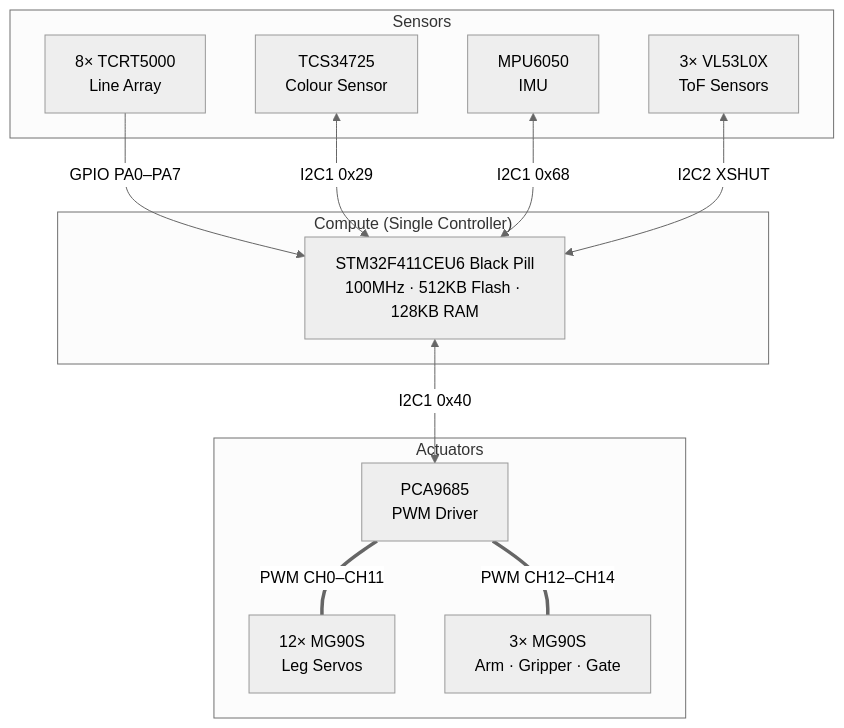
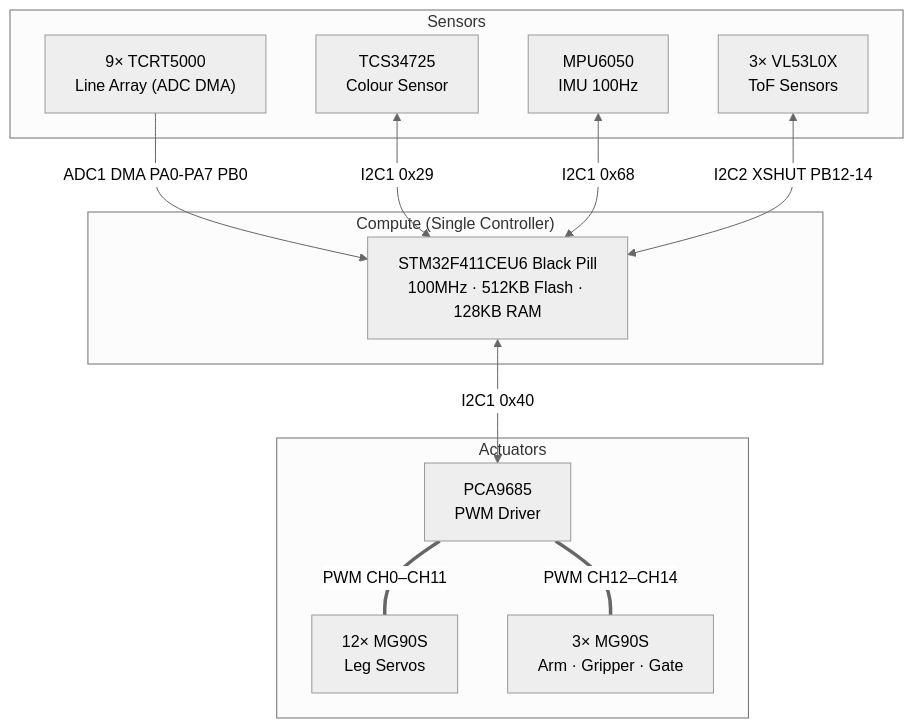
The diagram in docs/HARDWARE_ARCHITECTURE.md (sandaruns2004/FusionForce-Robotics), drawn with Mermaid (neutral theme) before and after one commit. The commit also changed other lines of this file and 54 other files, not shown here.

````diff
--- a/docs/HARDWARE_ARCHITECTURE.md
+++ b/docs/HARDWARE_ARCHITECTURE.md
@@ -49,28 +53,28 @@
 ```mermaid
 flowchart TD
     subgraph Compute["Compute (Single Controller)"]
         STM["STM32F411CEU6 Black Pill\n100MHz · 512KB Flash · 128KB RAM"]
     end
 
     subgraph Sensors
-        LINE["8× TCRT5000\nLine Array"]
+        LINE["9× TCRT5000\nLine Array (ADC DMA)"]
         CLR["TCS34725\nColour Sensor"]
-        IMU["MPU6050\nIMU"]
+        IMU["MPU6050\nIMU 100Hz"]
         TOF["3× VL53L0X\nToF Sensors"]
     end
 
     subgraph Actuators
         PCA["PCA9685\nPWM Driver"]
         LEG["12× MG90S\nLeg Servos"]
         MECH["3× MG90S\nArm · Gripper · Gate"]
     end
 
-    LINE -->|"GPIO PA0–PA7"| STM
+    LINE -->|"ADC1 DMA PA0-PA7 PB0"| STM
     CLR  <-->|"I2C1 0x29"| STM
     IMU  <-->|"I2C1 0x68"| STM
-    TOF  <-->|"I2C2 XSHUT"| STM
+    TOF  <-->|"I2C2 XSHUT PB12-14"| STM
 
     STM  <-->|"I2C1 0x40"| PCA
     PCA  ===|"PWM CH0–CH11"| LEG
     PCA  ===|"PWM CH12–CH14"| MECH
 ```
````
